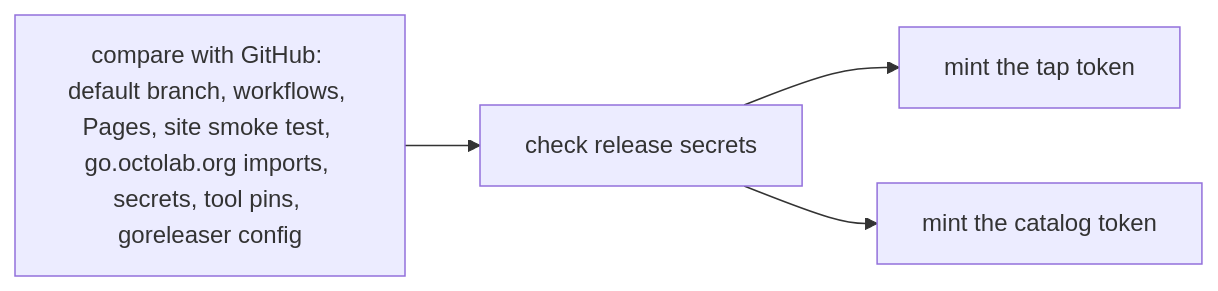
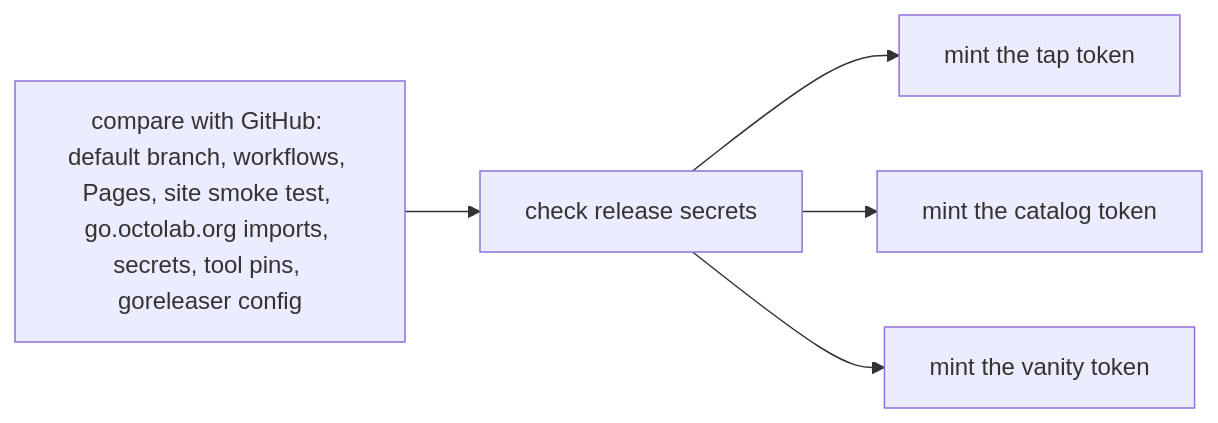
The sixth of 10 diagrams in .github/workflows/README.md (octomation/maintainer), drawn with Mermaid before and after one commit. The commit also changed other lines of this file and 3 other files, not shown here.

First line of the commit message:
ci/cd: check the releaser App on octolab/vanity

````diff
--- a/.github/workflows/README.md
+++ b/.github/workflows/README.md
@@ -242,4 +253,4 @@
 ```mermaid
 flowchart LR
-  doctor[compare with GitHub: default branch, workflows, Pages, site smoke test, go.octolab.org imports, secrets, tool pins, goreleaser config] --> preflight[check release secrets] --> token[mint the tap token] & catalog[mint the catalog token]
+  doctor[compare with GitHub: default branch, workflows, Pages, site smoke test, go.octolab.org imports, secrets, tool pins, goreleaser config] --> preflight[check release secrets] --> token[mint the tap token] & catalog[mint the catalog token] & vanity[mint the vanity token]
 ```
````
